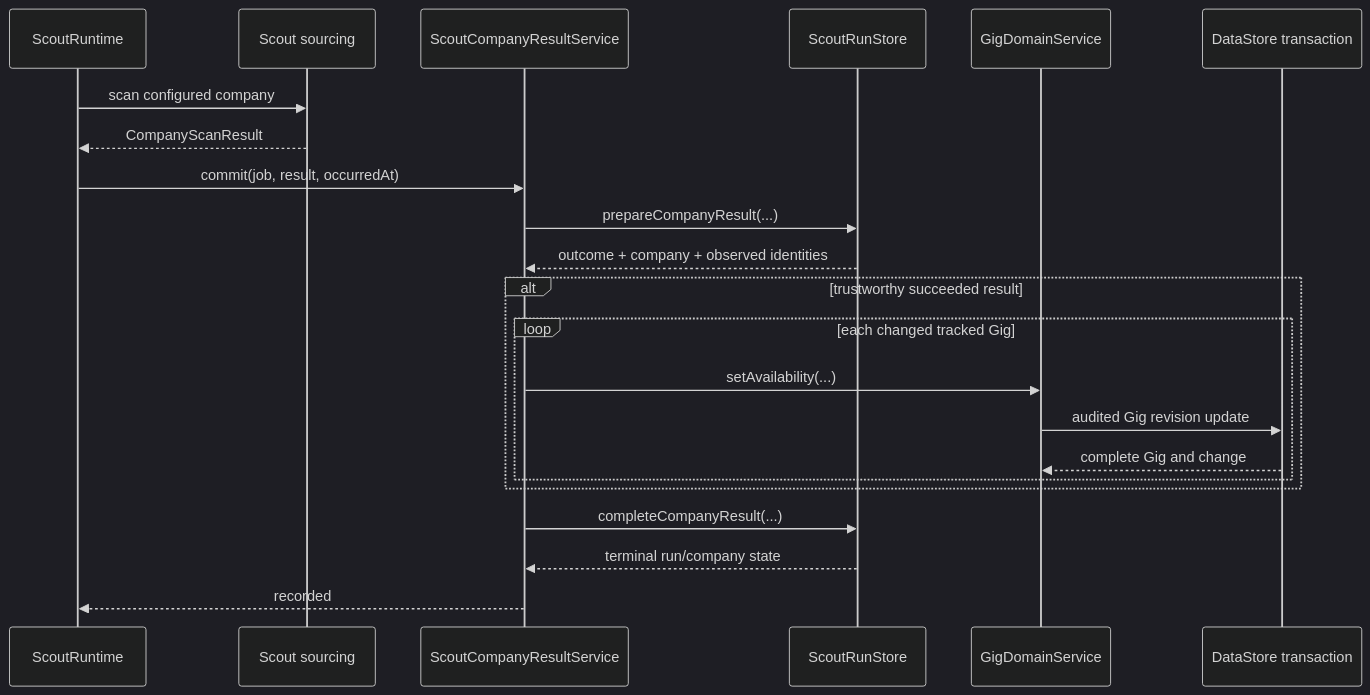
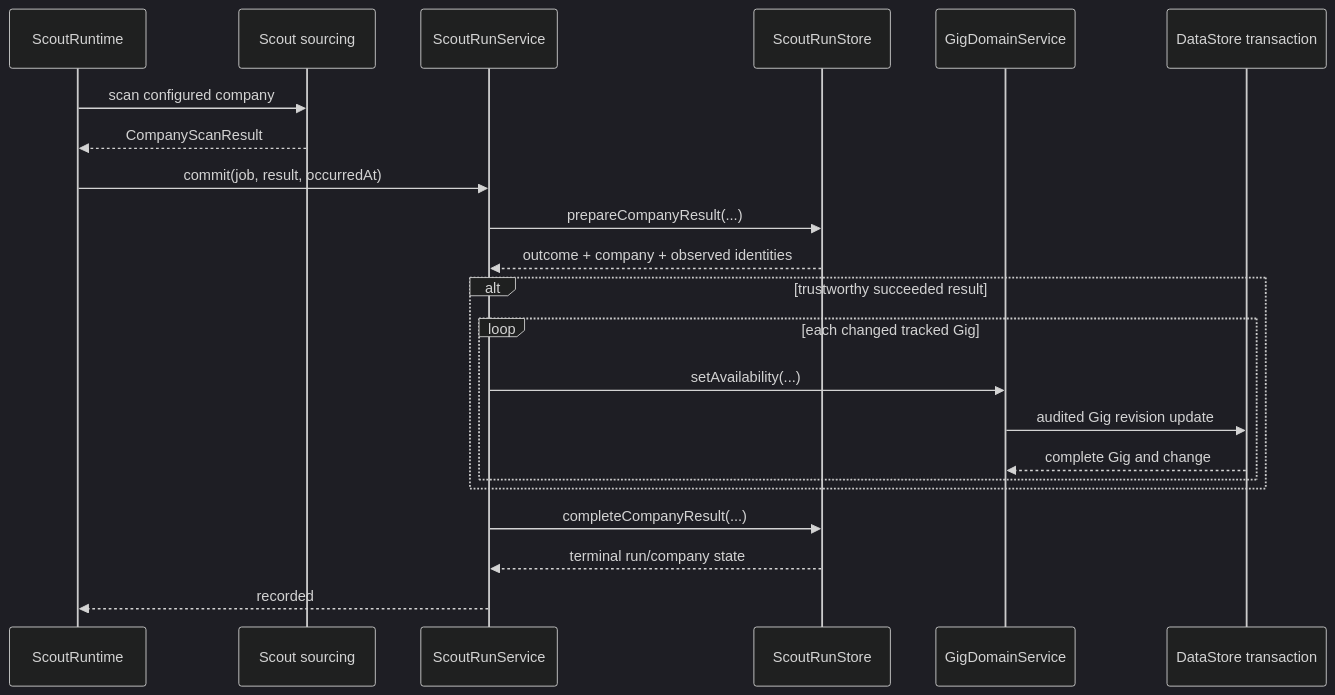
One commit to paulmccallick/gig-finder changed the diagram in docs/superpowers/specs/2026-08-26-scout-gig-availability-domain-design.md. Above: the diagram before and after it, drawn with Mermaid (dark theme). The commit also changed other lines of this file, not shown here.

Commit message:
docs: keep company results in scout run service

````diff
--- a/docs/superpowers/specs/2026-08-26-scout-gig-availability-domain-design.md
+++ b/docs/superpowers/specs/2026-08-26-scout-gig-availability-domain-design.md
@@ -136,25 +139,25 @@
 ```mermaid
 sequenceDiagram
   participant Queue as ScoutRuntime
   participant Scan as Scout sourcing
-  participant Core as ScoutCompanyResultService
+  participant Core as ScoutRunService
   participant ScoutDB as ScoutRunStore
   participant Gig as GigDomainService
   participant UoW as DataStore transaction
 
   Queue->>Scan: scan configured company
   Scan-->>Queue: CompanyScanResult
   Queue->>Core: commit(job, result, occurredAt)
   Core->>ScoutDB: prepareCompanyResult(...)
   ScoutDB-->>Core: outcome + company + observed identities
   alt trustworthy succeeded result
     loop each changed tracked Gig
       Core->>Gig: setAvailability(...)
       Gig->>UoW: audited Gig revision update
       UoW-->>Gig: complete Gig and change
     end
   end
   Core->>ScoutDB: completeCompanyResult(...)
   ScoutDB-->>Core: terminal run/company state
   Core-->>Queue: recorded
 ```
````
